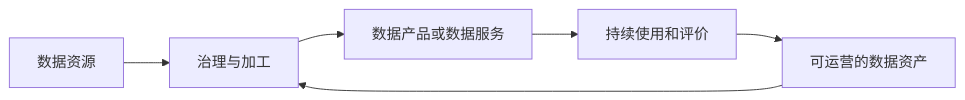
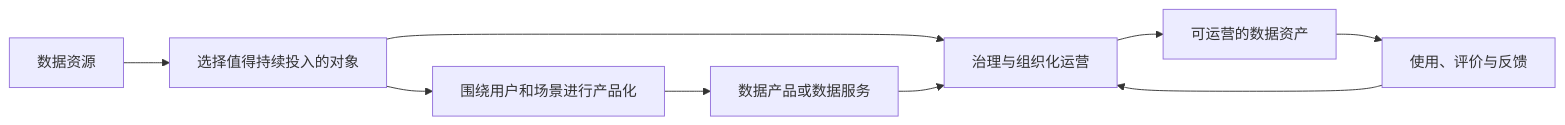
One commit to pampa0629/addp changed the diagram in docs/books/数据治理100问/02-概念辨析篇/010-数据治理与数据资产管理.md. Above: the diagram before and after it, drawn with Mermaid. The commit also changed other lines of this file and 357 other files, not shown here.

````diff
--- a/docs/books/数据治理100问/02-概念辨析篇/010-数据治理与数据资产管理.md
+++ b/docs/books/数据治理100问/02-概念辨析篇/010-数据治理与数据资产管理.md
@@ -36,8 +36,11 @@
 ```mermaid
 flowchart LR
-    A["数据资源"] --> B["治理与加工"]
-    B --> C["数据产品或数据服务"]
-    C --> D["持续使用和评价"]
-    D --> E["可运营的数据资产"]
-    E --> B
+    A["数据资源"] --> B["选择值得持续投入的对象"]
+    B --> C["治理与组织化运营"]
+    C --> D["可运营的数据资产"]
+    B --> E["围绕用户和场景进行产品化"]
+    E --> F["数据产品或数据服务"]
+    F --> C
+    D --> G["使用、评价与反馈"]
+    G --> C
 ```
````
